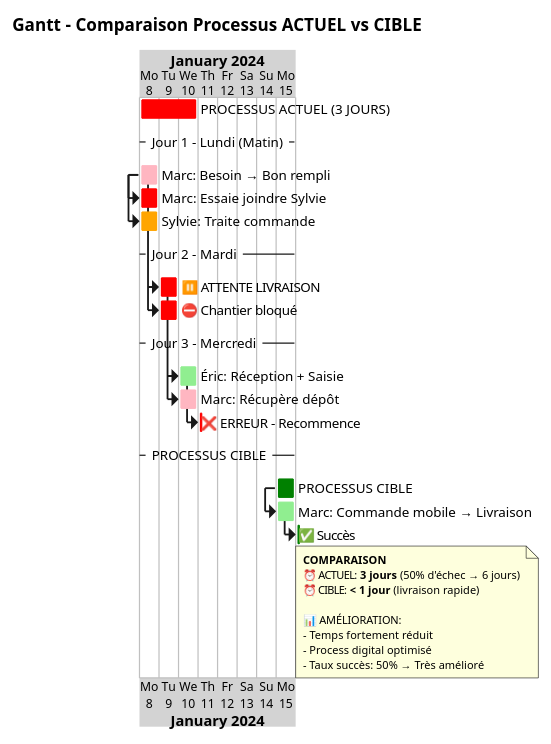
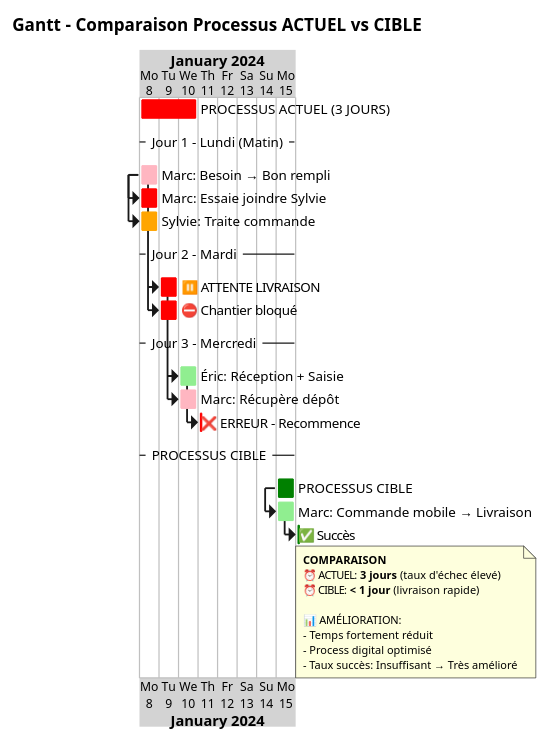
One commit to JordanSerafini/Audit_Duret changed the diagram in Services/Achats-Logistique/uml/puml/11_gantt_commande_comparaison.puml. Above: the diagram before and after it, drawn with PlantUML. The commit also changed 2 other files, not shown here.

```diff
--- a/Services/Achats-Logistique/uml/puml/11_gantt_commande_comparaison.puml
+++ b/Services/Achats-Logistique/uml/puml/11_gantt_commande_comparaison.puml
@@ -1,50 +1,50 @@
 @startgantt Gantt_Comparaison_Actuel_Cible
 
 title Gantt - Comparaison Processus ACTUEL vs CIBLE
 
 printscale daily
 
 <style>
 ganttDiagram {
   timeline {
     BackgroundColor lightgray
   }
 }
 </style>
 
 Project starts 2024-01-08
 
 [PROCESSUS ACTUEL (3 JOURS)] as [ACTUEL] lasts 3 days and is colored in Red
 
 -- Jour 1 - Lundi (Matin) --
 [Marc: Besoin → Bon rempli] as [A1] lasts 1 day and is colored in LightPink
 [Marc: Essaie joindre Sylvie] as [A2] lasts 1 day and starts at [A1]'s start and is colored in Red
 [Sylvie: Traite commande] as [A3] lasts 1 day and starts at [A1]'s start and is colored in Orange
 
 -- Jour 2 - Mardi --
 [⏸️ ATTENTE LIVRAISON] as [A4] lasts 1 day and starts at [A1]'s end and is colored in Red
 [⛔ Chantier bloqué] as [A5] lasts 1 day and starts at [A4]'s start and is colored in Red
 
 -- Jour 3 - Mercredi --
 [Éric: Réception + Saisie] as [A6] lasts 1 day and starts at [A4]'s end and is colored in LightGreen
 [Marc: Récupère dépôt] as [A7] lasts 1 day and starts at [A6]'s start and is colored in LightPink
 [❌ ERREUR - Recommence] as [A8] lasts 0 days and starts at [A6]'s end and is colored in Red
 
 -- PROCESSUS CIBLE --
 [PROCESSUS CIBLE] as [CIBLE] lasts 1 day and starts at 2024-01-15 and is colored in Green
 
 [Marc: Commande mobile → Livraison] as [C1] lasts 1 day and starts at [CIBLE]'s start and is colored in LightGreen
 [✅ Succès] as [C2] lasts 0 days and starts at [C1]'s end and is colored in Green
 
 note bottom
   **COMPARAISON**
-  ⏰ ACTUEL: **3 jours** (50% d'échec → 6 jours)
+  ⏰ ACTUEL: **3 jours** (taux d'échec élevé)
   ⏰ CIBLE: **< 1 jour** (livraison rapide)
 
   📊 AMÉLIORATION:
   - Temps fortement réduit
   - Process digital optimisé
-  - Taux succès: 50% → Très amélioré
+  - Taux succès: Insuffisant → Très amélioré
 end note
 
 @endgantt
```
